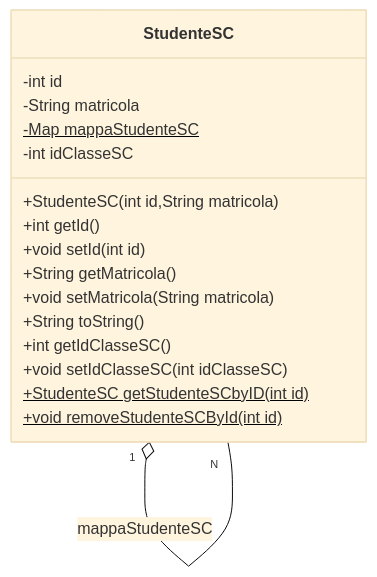
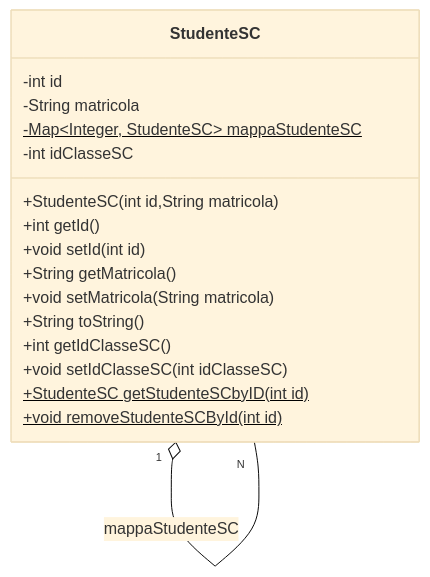
Before and after one commit to ApreaMarco/ListHashMapInstances: the fourth of 4 diagrams in README.MD, drawn with Mermaid (base theme). The commit also changed other lines of this file, not shown here.

````diff
--- a/README.MD
+++ b/README.MD
@@ -62,20 +62,20 @@
 ```mermaid
 classDiagram
 class StudenteSC {
     -int id
     -String matricola
-    -Map<Integer, StudenteSC> mappaStudenteSC$
+    -Map~Integer, StudenteSC~ mappaStudenteSC$
     -int idClasseSC
     +StudenteSC(int id,String matricola)
     +int getId()
     +void setId(int id)
     +String getMatricola()
     +void setMatricola(String matricola)
     +String toString()
     +int getIdClasseSC()
     +void setIdClasseSC(int idClasseSC)
     +StudenteSC getStudenteSCbyID(int id)$
     +void removeStudenteSCById(int id)$
 }
 StudenteSC "1" o-- "N" StudenteSC : mappaStudenteSC
 ```
````
